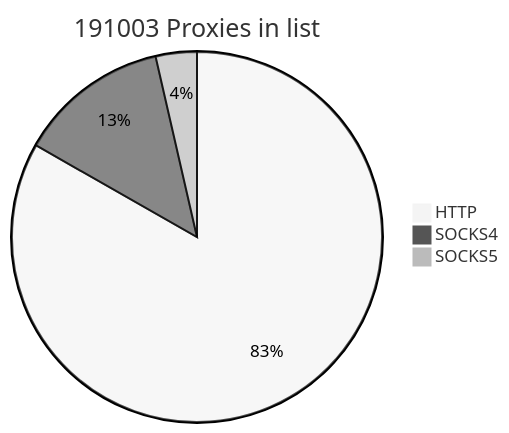
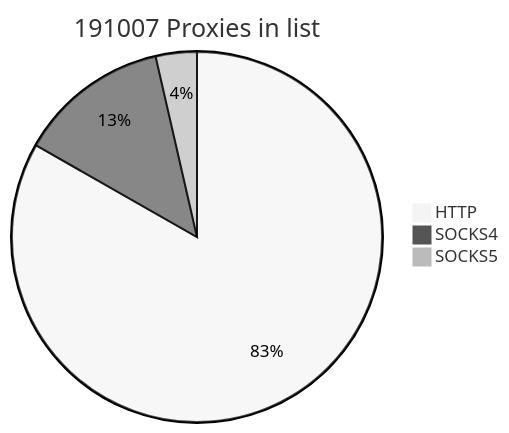
One commit to cutipu/proxylist changed the first of 2 diagrams in README.md. Above: the diagram before and after it, drawn with Mermaid (neutral theme). The commit also changed other lines of this file, not shown here.

````diff
--- a/README.md
+++ b/README.md
@@ -2,7 +2,7 @@
 ```mermaid
-pie title 191003 Proxies in list
-    "HTTP" : 158984
+pie title 191007 Proxies in list
+    "HTTP" : 158990
     "SOCKS4" : 25163
-    "SOCKS5" : 6856
+    "SOCKS5" : 6854
             
 ```
````
